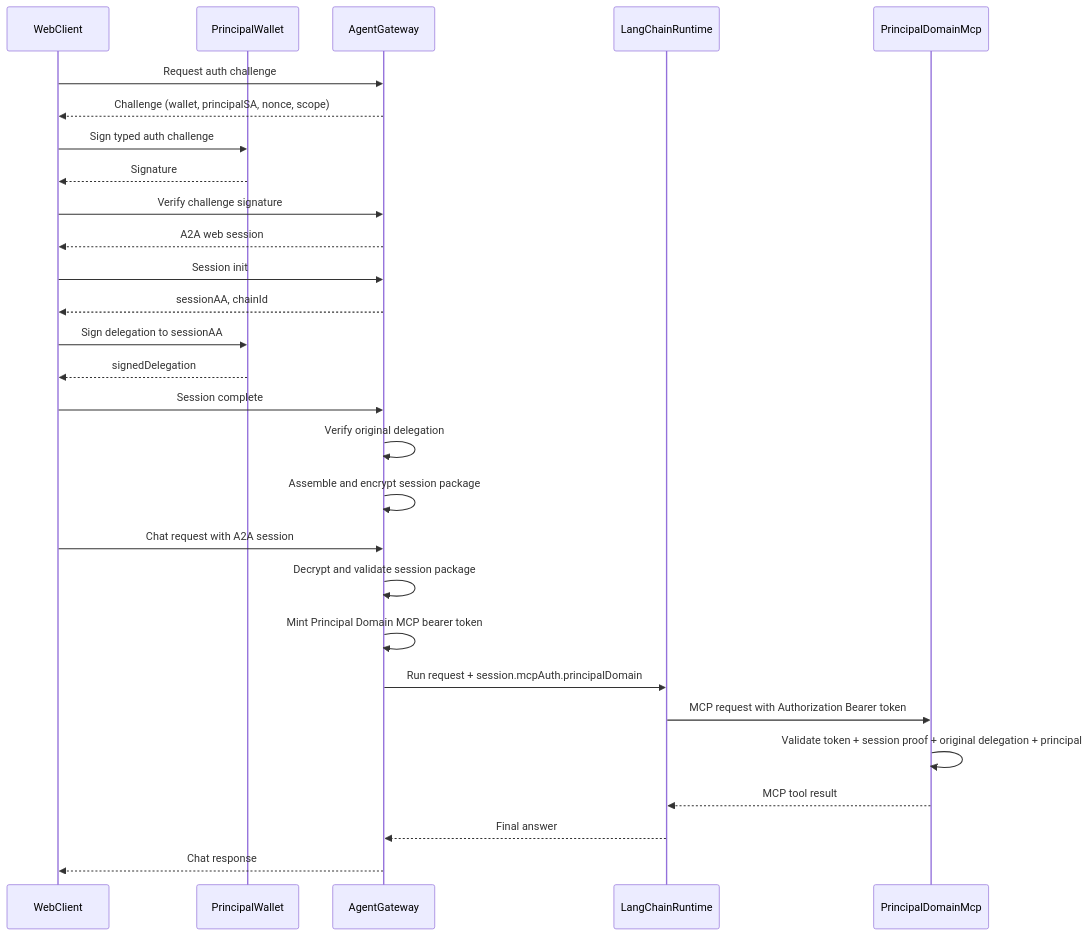
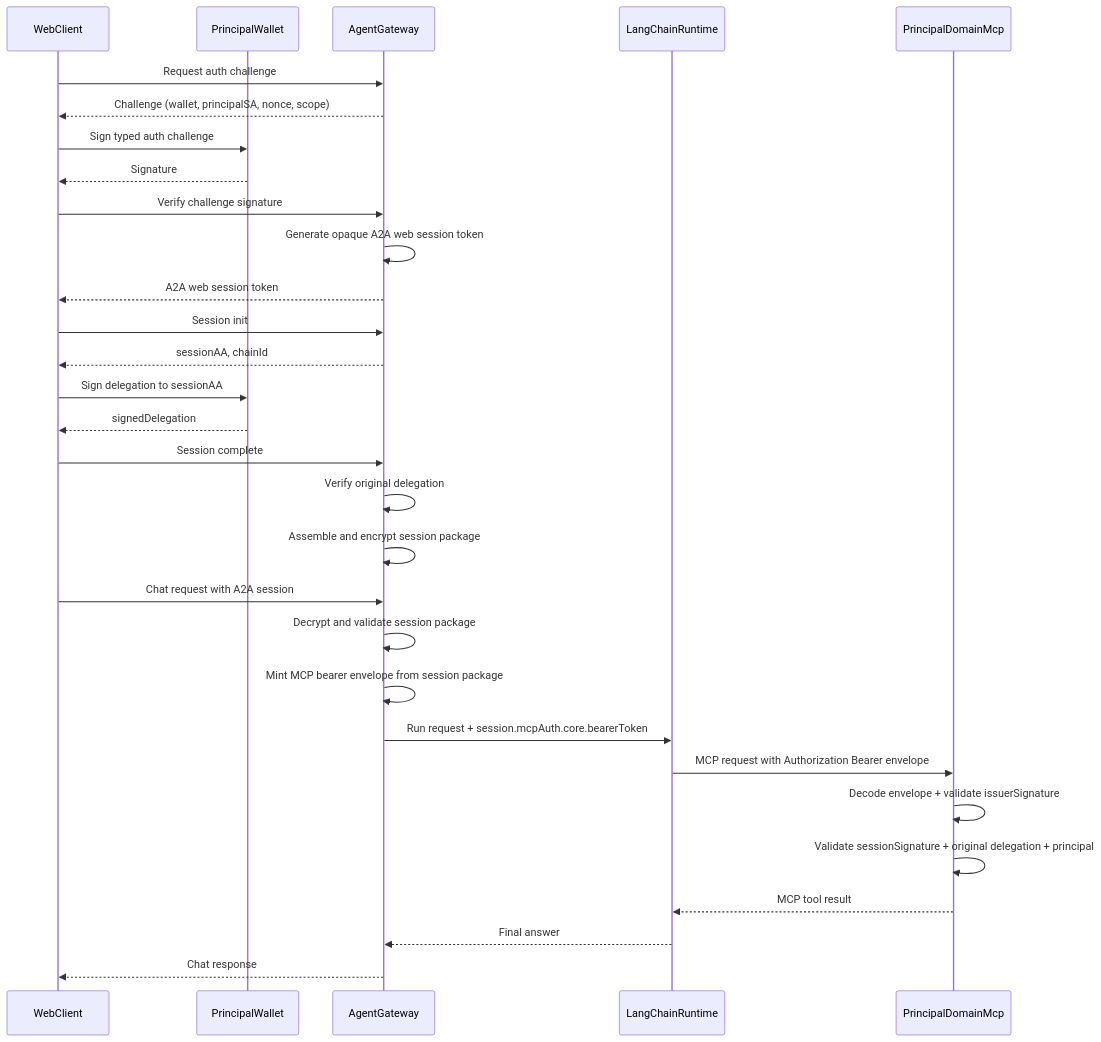
Before and after one commit to RichCanvas3/gym: the fifth of 6 diagrams in documents/siwe-for-agents-mcp-architecture.md, drawn with Mermaid. The commit also changed other lines of this file and 1 other file, not shown here.

Commit message:
update agent to get weight

````diff
--- a/documents/siwe-for-agents-mcp-architecture.md
+++ b/documents/siwe-for-agents-mcp-architecture.md
@@ -425,33 +497,35 @@
 ```mermaid
 sequenceDiagram
   participant WebClient
   participant PrincipalWallet
   participant AgentGateway
   participant LangChainRuntime
   participant PrincipalDomainMcp
 
   WebClient->>AgentGateway: Request auth challenge
   AgentGateway-->>WebClient: Challenge (wallet, principalSA, nonce, scope)
   WebClient->>PrincipalWallet: Sign typed auth challenge
   PrincipalWallet-->>WebClient: Signature
   WebClient->>AgentGateway: Verify challenge signature
-  AgentGateway-->>WebClient: A2A web session
+  AgentGateway->>AgentGateway: Generate opaque A2A web session token
+  AgentGateway-->>WebClient: A2A web session token
 
   WebClient->>AgentGateway: Session init
   AgentGateway-->>WebClient: sessionAA, chainId
   WebClient->>PrincipalWallet: Sign delegation to sessionAA
   PrincipalWallet-->>WebClient: signedDelegation
   WebClient->>AgentGateway: Session complete
   AgentGateway->>AgentGateway: Verify original delegation
   AgentGateway->>AgentGateway: Assemble and encrypt session package
 
   WebClient->>AgentGateway: Chat request with A2A session
   AgentGateway->>AgentGateway: Decrypt and validate session package
-  AgentGateway->>AgentGateway: Mint Principal Domain MCP bearer token
-  AgentGateway->>LangChainRuntime: Run request + session.mcpAuth.principalDomain
-  LangChainRuntime->>PrincipalDomainMcp: MCP request with Authorization Bearer token
-  PrincipalDomainMcp->>PrincipalDomainMcp: Validate token + session proof + original delegation + principal
+  AgentGateway->>AgentGateway: Mint MCP bearer envelope from session package
+  AgentGateway->>LangChainRuntime: Run request + session.mcpAuth.core.bearerToken
+  LangChainRuntime->>PrincipalDomainMcp: MCP request with Authorization Bearer envelope
+  PrincipalDomainMcp->>PrincipalDomainMcp: Decode envelope + validate issuerSignature
+  PrincipalDomainMcp->>PrincipalDomainMcp: Validate sessionSignature + original delegation + principal
   PrincipalDomainMcp-->>LangChainRuntime: MCP tool result
   LangChainRuntime-->>AgentGateway: Final answer
   AgentGateway-->>WebClient: Chat response
 ```
````
